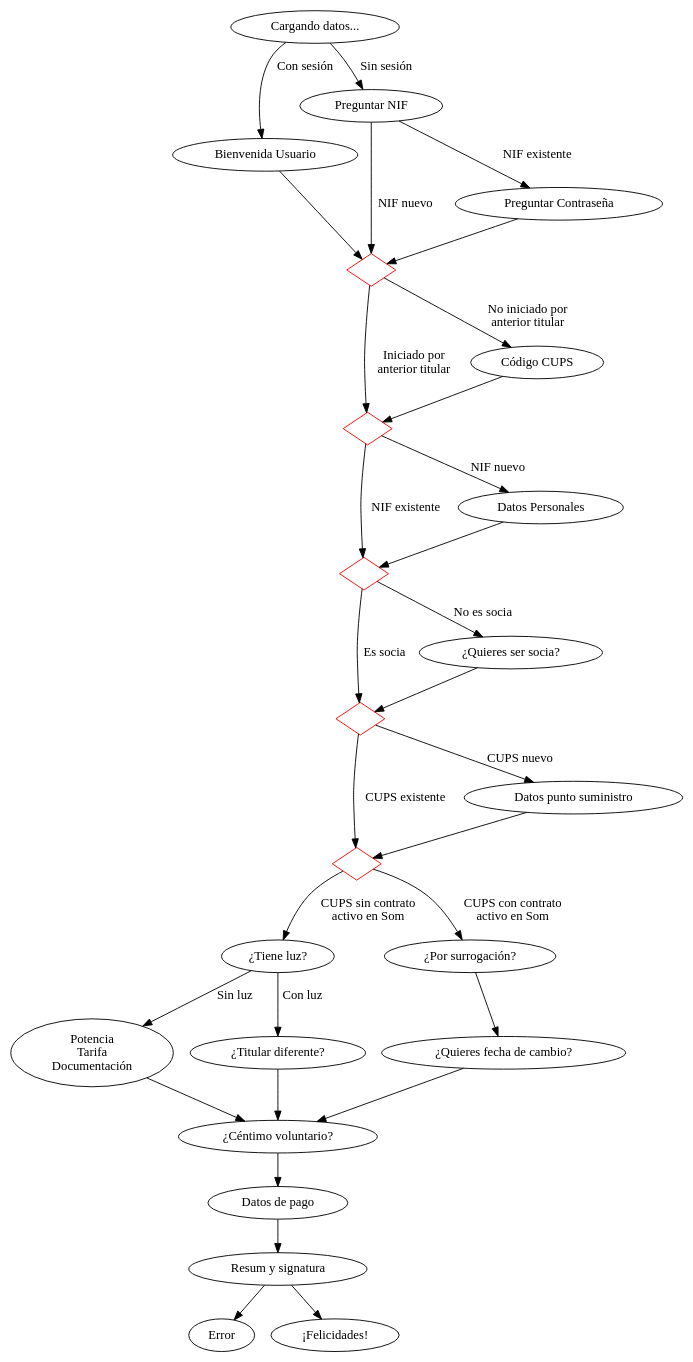
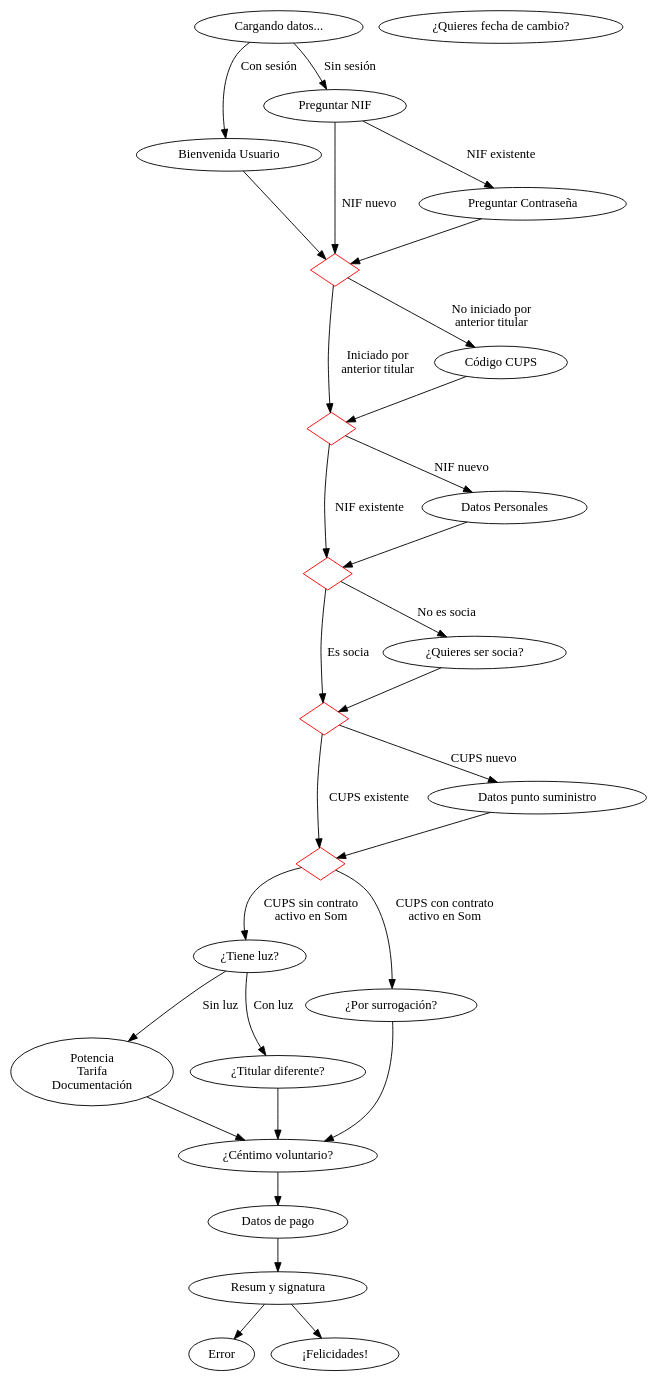
Before and after one commit to Som-Energia/webforms-mithril: the diagram in docs/contract.dot, drawn with Graphviz. The commit also changed 1 other file, not shown here.

Commit message:
doc: removed "asking switching date"

```diff
--- a/docs/contract.dot
+++ b/docs/contract.dot
@@ -1,58 +1,57 @@
 digraph G {
     graph [layout=dot]
     
     UserIdentified [color=red, shape=diamond, label=""]
     CupsIdentified [color=red, shape=diamond, label=""]
     MembershipSolved [color=red, shape=diamond, label=""]
     CupsDataCompleted [color=red, shape=diamond, label=""]
     PersonalDataCompleted [color=red, shape=diamond, label=""]
 
 	Loading [label="Cargando datos..."]
 	WelcomeUser [label="Bienvenida Usuario"]
 	Nif [label="Preguntar NIF"]
 	Password [label="Preguntar Contraseña"]
 	PersonalData [label="Datos Personales"]
 	CupsCode [label="Código CUPS"]
 	BecomeMember [label="¿Quieres ser socia?"]
 	CupsData [label="Datos punto suministro"]
 	HasSupply [label="¿Tiene luz?"]
 	Technical [label="Potencia\nTarifa\nDocumentación"]
 	NewHolder [label="¿Titular diferente?"]
 	Surrogation [label="¿Por surrogación?"]
 	SwitchDate [label="¿Quieres fecha de cambio?"]
 	VoluntaryCent [label="¿Céntimo voluntario?"]
 	Payment [label="Datos de pago"]
 	Summary [label="Resum y signatura"]
 	Error [label="Error"]
 	Success [label="¡Felicidades!"]
 
    
     Loading -> WelcomeUser [id="hasSession" label="Con sesión"]
     Loading -> Nif [id="noSession" label="Sin sesión"]
     Nif -> Password [id="existingVat" label="NIF existente"]
     Nif -> UserIdentified [id="newVat" label="NIF nuevo"]
     WelcomeUser -> UserIdentified
     Password -> UserIdentified
     UserIdentified -> CupsCode [id="noStartedByOldHolder" label="No iniciado por\nanterior titular"]
     CupsCode -> CupsIdentified
     UserIdentified -> CupsIdentified [id="startedByOldHolder" label="Iniciado por\nanterior titular"]
     CupsIdentified -> PersonalData [id="newVat2" label="NIF nuevo"]
-	CupsIdentified -> PersonalDataCompleted [id="existingVat" label="NIF existente"]
+    CupsIdentified -> PersonalDataCompleted [id="existingVat" label="NIF existente"]
     PersonalData -> PersonalDataCompleted
     PersonalDataCompleted -> BecomeMember [id="notMember" label="No es socia"]
     PersonalDataCompleted -> MembershipSolved [id="isMember" label="Es socia"]
     BecomeMember -> MembershipSolved
     MembershipSolved -> CupsData [id="newCups" label="CUPS nuevo"]
     MembershipSolved -> CupsDataCompleted [id="existingCups" label="CUPS existente"]
     CupsData -> CupsDataCompleted
     CupsDataCompleted -> HasSupply [id="noActiveCups" label="CUPS sin contrato\nactivo en Som"]
     CupsDataCompleted -> Surrogation [id="isActiveCups" label="CUPS con contrato\nactivo en Som"]
     HasSupply -> Technical [id=noSupply label="Sin luz"]
     Technical -> VoluntaryCent
     HasSupply -> NewHolder [id=hasSupply label="Con luz"]
     NewHolder -> VoluntaryCent
-    Surrogation -> SwitchDate
-    SwitchDate -> VoluntaryCent -> Payment -> Summary 
+    Surrogation -> VoluntaryCent -> Payment -> Summary 
     Summary ->  Error
     Summary -> Success
 } 
```
